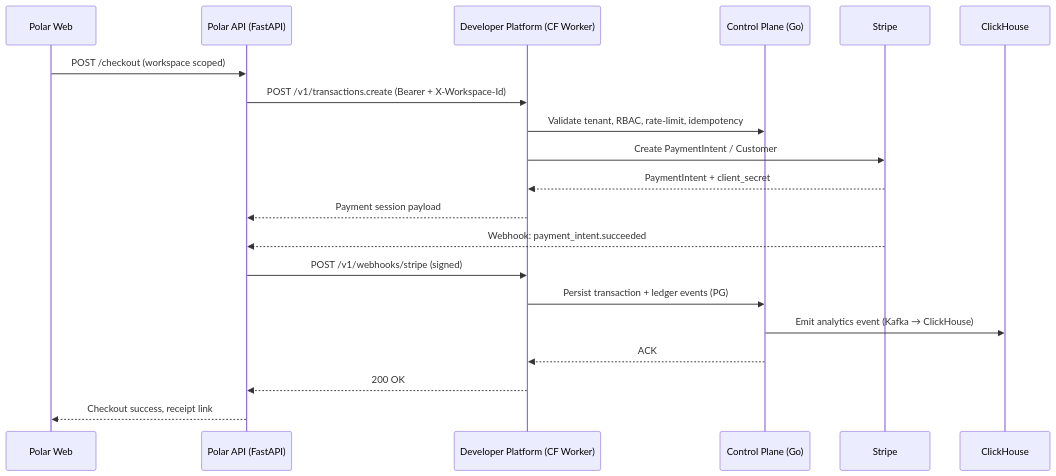
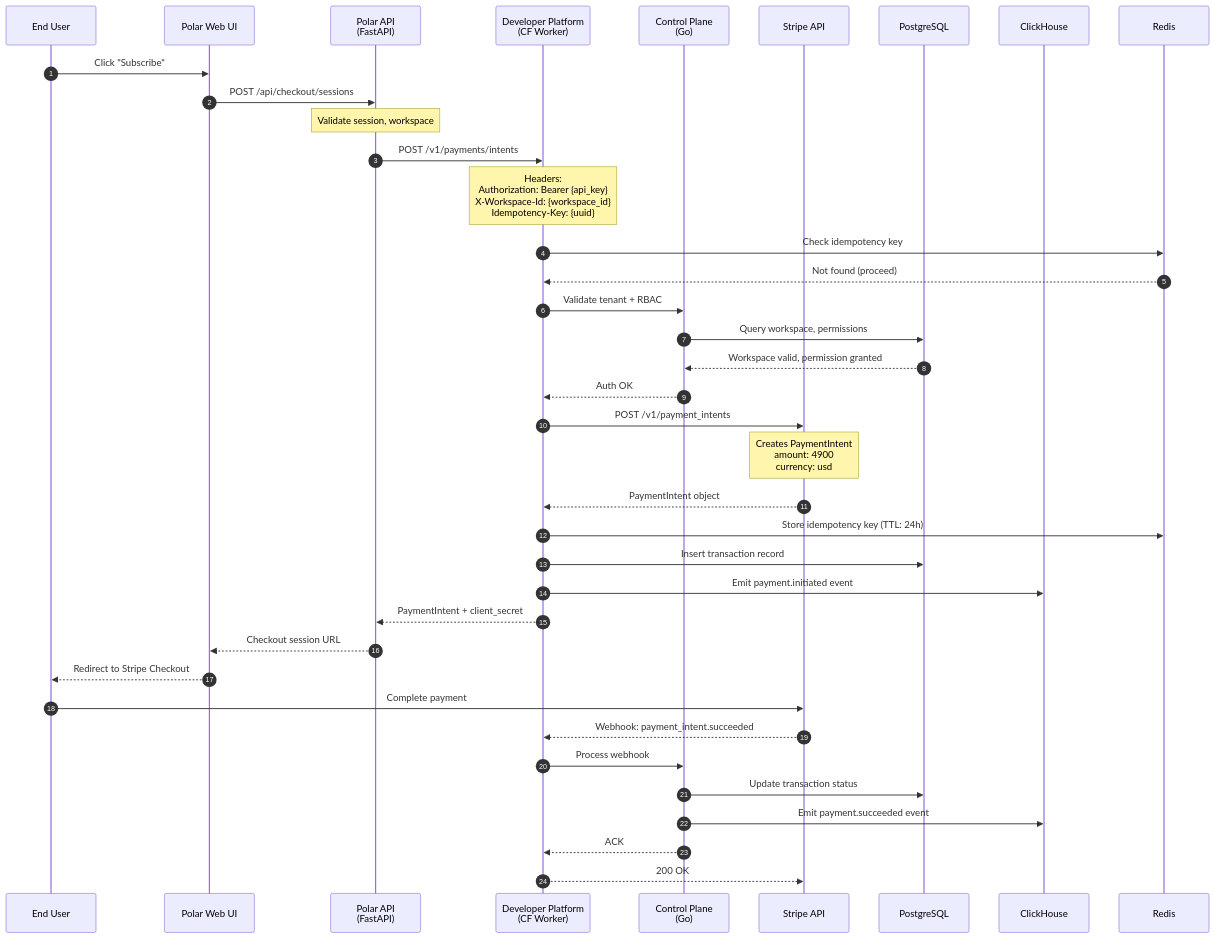
One commit to Oppulence-Engineering/.github changed the third of 22 diagrams in profile/ARCHITECTURE.md. Above: the diagram before and after it, drawn with Mermaid. The commit also changed other lines of this file, not shown here.

First line of the commit message:
Expand ARCHITECTURE.md with comprehensive RFC documentation

````diff
--- a/profile/ARCHITECTURE.md
+++ b/profile/ARCHITECTURE.md
@@ -131,23 +162,54 @@
 ```mermaid
 sequenceDiagram
-  participant UI as Polar Web
-  participant PolarAPI as Polar API (FastAPI)
-  participant DevAPI as Developer Platform (CF Worker)
-  participant CP as Control Plane (Go)
-  participant Stripe as Stripe
-  participant CH as ClickHouse
+    autonumber
+    participant User as End User
+    participant UI as Polar Web UI
+    participant PolarAPI as Polar API<br/>(FastAPI)
+    participant DevAPI as Developer Platform<br/>(CF Worker)
+    participant CP as Control Plane<br/>(Go)
+    participant Stripe as Stripe API
+    participant PG as PostgreSQL
+    participant CH as ClickHouse
+    participant Redis as Redis
 
-  UI->>PolarAPI: POST /checkout (workspace scoped)
-  PolarAPI->>DevAPI: POST /v1/transactions.create (Bearer + X-Workspace-Id)
-  DevAPI->>CP: Validate tenant, RBAC, rate-limit, idempotency
-  DevAPI->>Stripe: Create PaymentIntent / Customer
-  Stripe-->>DevAPI: PaymentIntent + client_secret
-  DevAPI-->>PolarAPI: Payment session payload
-  Stripe-->>PolarAPI: Webhook: payment_intent.succeeded
-  PolarAPI->>DevAPI: POST /v1/webhooks/stripe (signed)
-  DevAPI->>CP: Persist transaction + ledger events (PG)
-  CP->>CH: Emit analytics event (Kafka → ClickHouse)
-  CP-->>DevAPI: ACK
-  DevAPI-->>PolarAPI: 200 OK
-  PolarAPI-->>UI: Checkout success, receipt link
+    User->>UI: Click "Subscribe"
+    UI->>PolarAPI: POST /api/checkout/sessions
+
+    Note over PolarAPI: Validate session, workspace
+
+    PolarAPI->>DevAPI: POST /v1/payments/intents
+
+    Note over DevAPI: Headers:<br/>Authorization: Bearer {api_key}<br/>X-Workspace-Id: {workspace_id}<br/>Idempotency-Key: {uuid}
+
+    DevAPI->>Redis: Check idempotency key
+    Redis-->>DevAPI: Not found (proceed)
+
+    DevAPI->>CP: Validate tenant + RBAC
+    CP->>PG: Query workspace, permissions
+    PG-->>CP: Workspace valid, permission granted
+    CP-->>DevAPI: Auth OK
+
+    DevAPI->>Stripe: POST /v1/payment_intents
+
+    Note over Stripe: Creates PaymentIntent<br/>amount: 4900<br/>currency: usd
+
+    Stripe-->>DevAPI: PaymentIntent object
+
+    DevAPI->>Redis: Store idempotency key (TTL: 24h)
+    DevAPI->>PG: Insert transaction record
+    DevAPI->>CH: Emit payment.initiated event
+
+    DevAPI-->>PolarAPI: PaymentIntent + client_secret
+    PolarAPI-->>UI: Checkout session URL
+    UI-->>User: Redirect to Stripe Checkout
+
+    User->>Stripe: Complete payment
+    Stripe-->>DevAPI: Webhook: payment_intent.succeeded
+
+    DevAPI->>CP: Process webhook
+    CP->>PG: Update transaction status
+    CP->>CH: Emit payment.succeeded event
+    CP-->>DevAPI: ACK
+
+    DevAPI-->>Stripe: 200 OK
 ```
````
